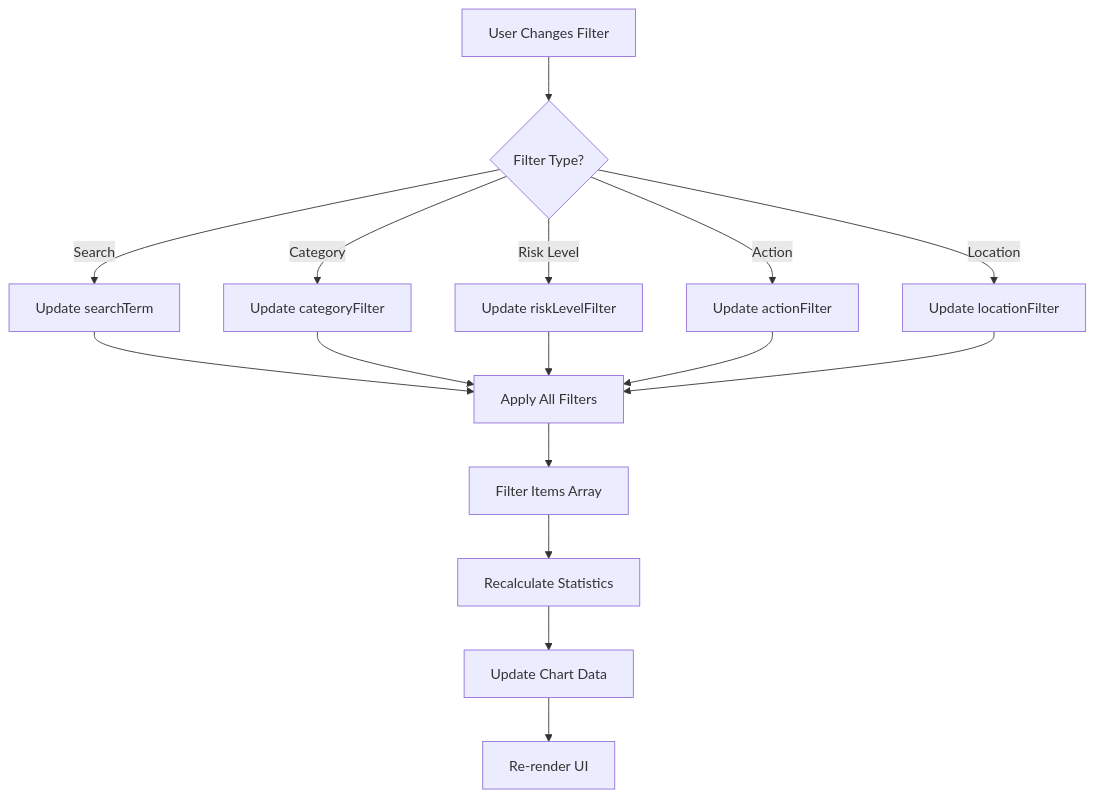
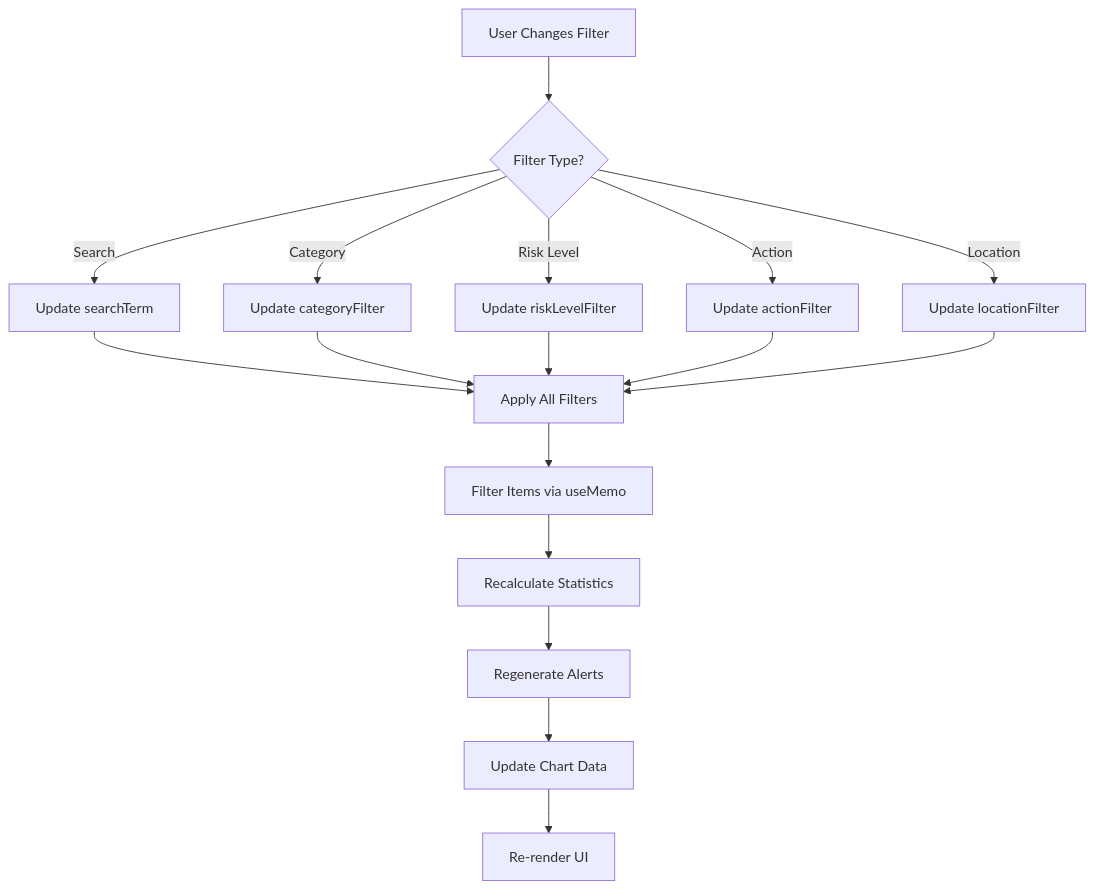
One commit to PeakMNA/carmen changed the fifth of 18 diagrams in docs/app/inventory-management/stock-overview/slow-moving/FD-slow-moving.md. Above: the diagram before and after it, drawn with Mermaid. The commit also changed other lines of this file and 473 other files, not shown here.

````diff
--- a/docs/app/inventory-management/stock-overview/slow-moving/FD-slow-moving.md
+++ b/docs/app/inventory-management/stock-overview/slow-moving/FD-slow-moving.md
@@ -79,18 +109,19 @@
 ```mermaid
 flowchart TD
     A[User Changes Filter] --> B{Filter Type?}
     B -->|Search| C[Update searchTerm]
     B -->|Category| D[Update categoryFilter]
     B -->|Risk Level| E[Update riskLevelFilter]
     B -->|Action| F[Update actionFilter]
     B -->|Location| G[Update locationFilter]
     C --> H[Apply All Filters]
     D --> H
     E --> H
     F --> H
     G --> H
-    H --> I[Filter Items Array]
+    H --> I[Filter Items via useMemo]
     I --> J[Recalculate Statistics]
-    J --> K[Update Chart Data]
-    K --> L[Re-render UI]
+    J --> K[Regenerate Alerts]
+    K --> L[Update Chart Data]
+    L --> M[Re-render UI]
 ```
````
